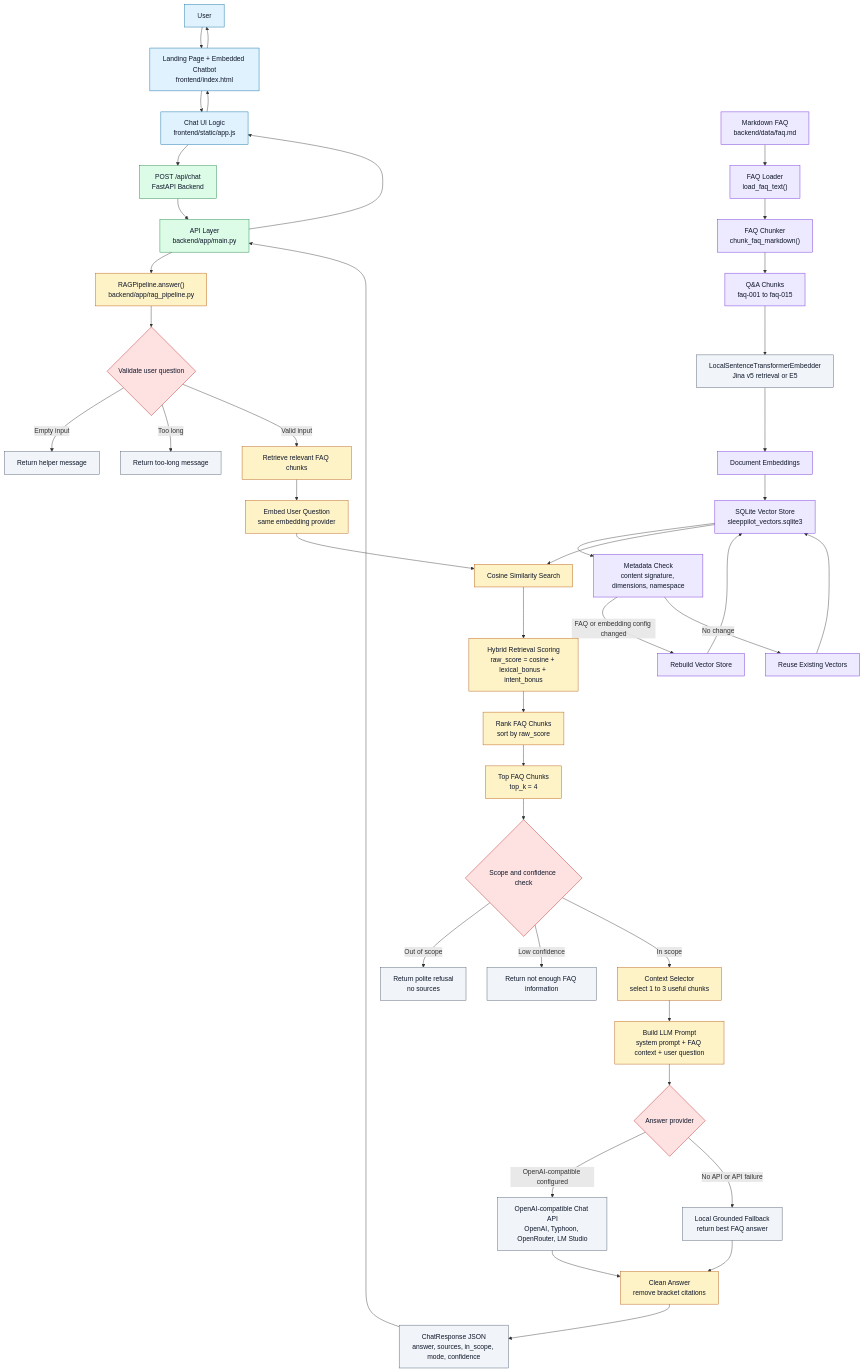
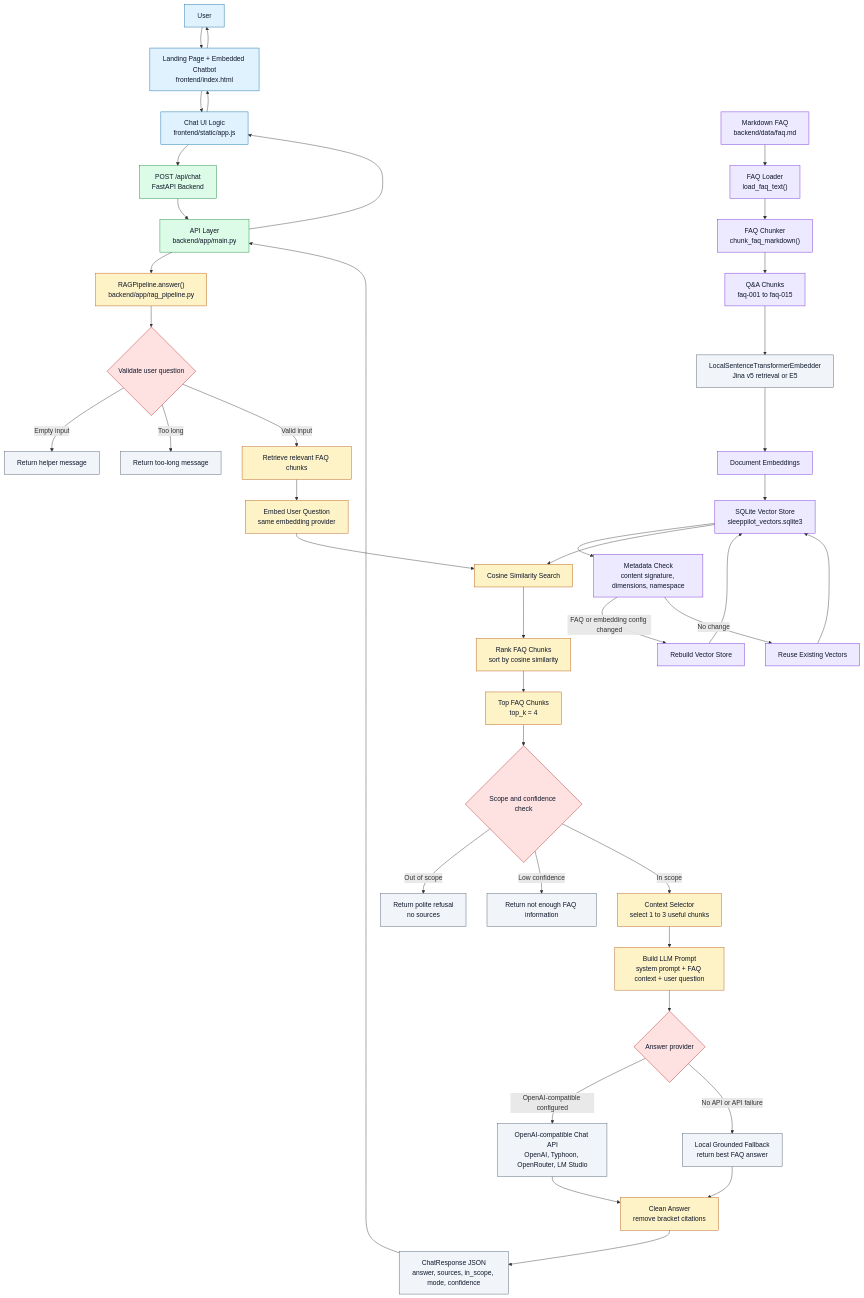
Before and after one commit to tameszaza/EndToEndRAG: the diagram in README.md, drawn with Mermaid. The commit also changed other lines of this file and 6 other files, not shown here.

Commit message:
remove hybrid score calculation

```diff
--- a/README.md
+++ b/README.md
@@ -84,8 +84,7 @@
     QueryEmbed --> Similarity["Cosine Similarity Search"]
     SQLite --> Similarity
 
-    Similarity --> HybridScore["Hybrid Retrieval Scoring<br/>raw_score = cosine + lexical_bonus + intent_bonus"]
-    HybridScore --> Rank["Rank FAQ Chunks<br/>sort by raw_score"]
+    Similarity --> Rank["Rank FAQ Chunks<br/>sort by cosine similarity"]
     Rank --> TopK["Top FAQ Chunks<br/>top_k = 4"]
 
     %% =========================
@@ -129,7 +128,7 @@
 
     class User,UI,JS ui;
     class ChatAPI,MainAPI api;
-    class Pipeline,Retrieve,QueryEmbed,Similarity,HybridScore,Rank,TopK,ContextSelector,PromptBuilder,CleanAnswer rag;
+    class Pipeline,Retrieve,QueryEmbed,Similarity,Rank,TopK,ContextSelector,PromptBuilder,CleanAnswer rag;
     class FAQFile,Loader,Chunker,FAQChunks,DocVectors,SQLite,Metadata,Rebuild,Reuse data;
     class Validate,ScopeCheck,AnswerProvider decision;
     class EmptyResponse,LongResponse,Decline,Unknown,LocalEmbed,OpenAICompat,LocalFallback,Response output;
```
